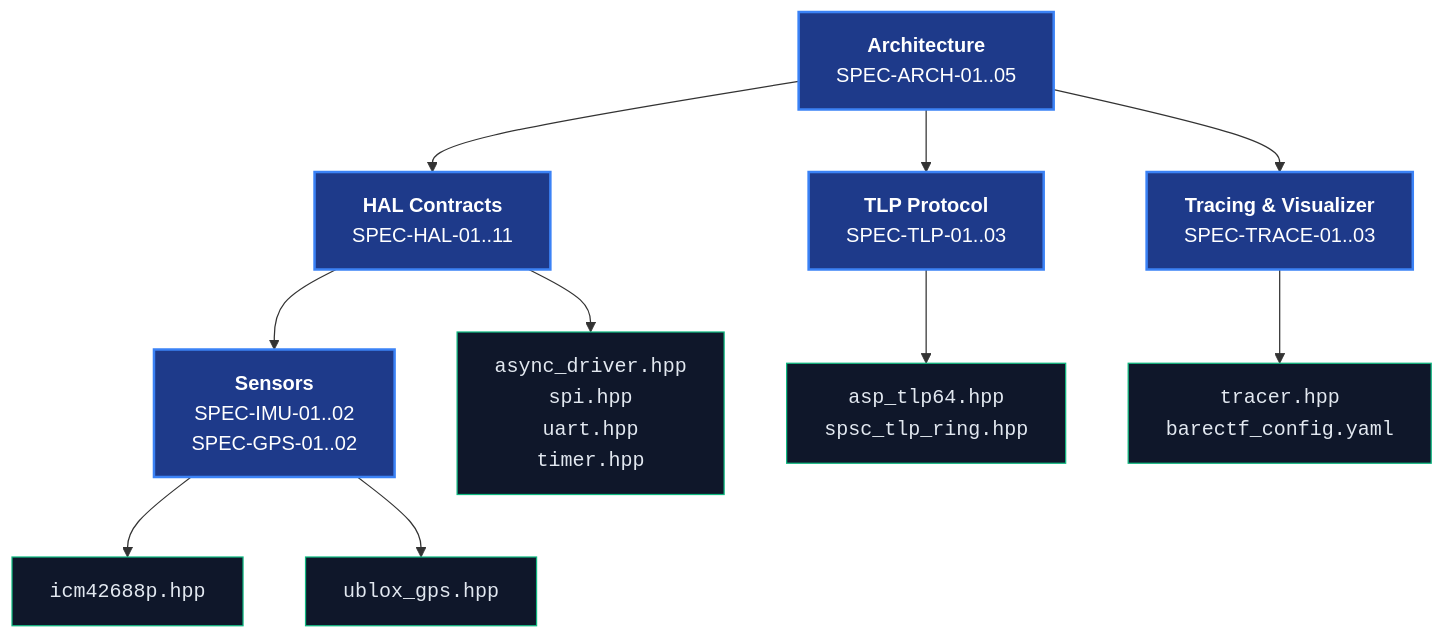
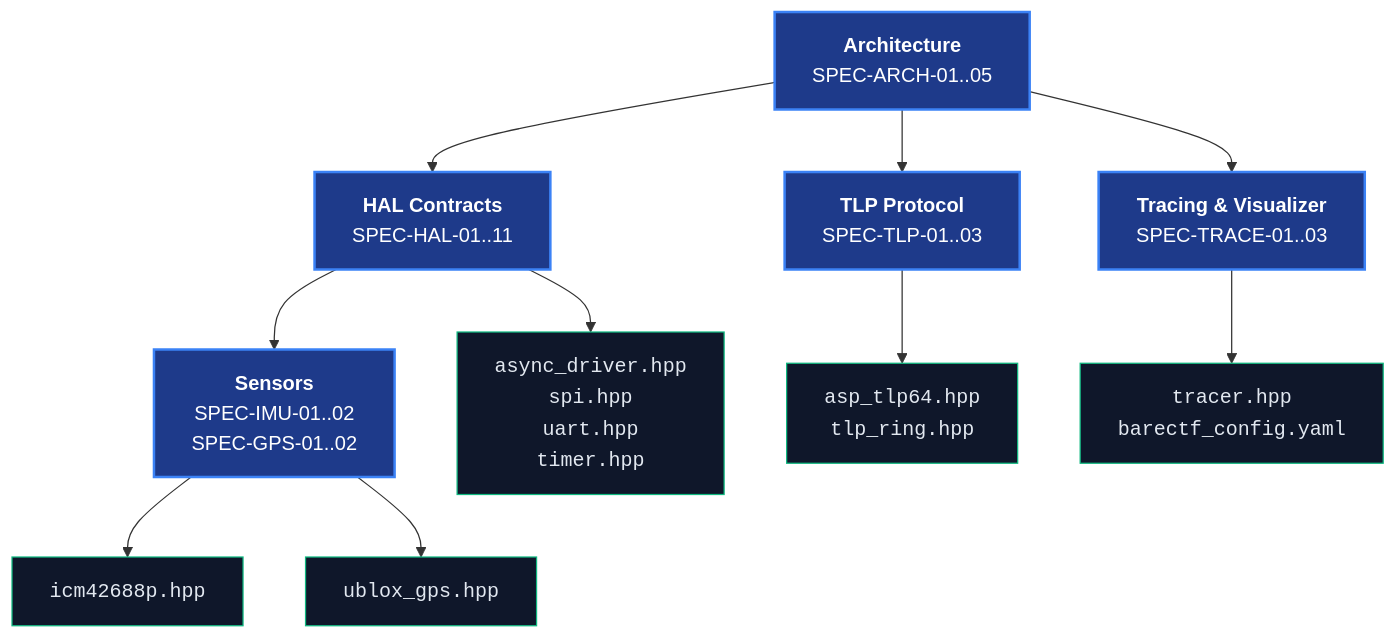
The diagram in docs/DESIGN_SPECIFICATION.md (tcmichals/AbstractX), drawn with Mermaid before and after one commit. The commit also changed other lines of this file and 58 other files, not shown here.

First line of the commit message:
e906: 16x64 DMA ring, unify tlp_ring.hpp, and reorganize tests

````diff
--- a/docs/DESIGN_SPECIFICATION.md
+++ b/docs/DESIGN_SPECIFICATION.md
@@ -722,18 +722,18 @@
 ```mermaid
 graph TD
     SPEC_ARCH["<b>Architecture</b><br/>SPEC-ARCH-01..05"] --> SPEC_HAL["<b>HAL Contracts</b><br/>SPEC-HAL-01..11"]
     SPEC_ARCH --> SPEC_TLP["<b>TLP Protocol</b><br/>SPEC-TLP-01..03"]
     SPEC_HAL --> SPEC_SENSORS["<b>Sensors</b><br/>SPEC-IMU-01..02<br/>SPEC-GPS-01..02"]
     SPEC_ARCH --> SPEC_TRACE["<b>Tracing & Visualizer</b><br/>SPEC-TRACE-01..03"]
     
     SPEC_SENSORS --> CODE_IMU["<code>icm42688p.hpp</code>"]
     SPEC_SENSORS --> CODE_GPS["<code>ublox_gps.hpp</code>"]
     SPEC_HAL --> CODE_HAL["<code>async_driver.hpp</code><br/><code>spi.hpp</code><br/><code>uart.hpp</code><br/><code>timer.hpp</code>"]
-    SPEC_TLP --> CODE_TLP["<code>asp_tlp64.hpp</code><br/><code>spsc_tlp_ring.hpp</code>"]
+    SPEC_TLP --> CODE_TLP["<code>asp_tlp64.hpp</code><br/><code>tlp_ring.hpp</code>"]
     SPEC_TRACE --> CODE_TRACE["<code>tracer.hpp</code><br/><code>barectf_config.yaml</code>"]
     
     classDef specBox fill:#1e3a8a,stroke:#3b82f6,stroke-width:2px,color:#ffffff;
     classDef codeBox fill:#0f172a,stroke:#10b981,stroke-width:1px,color:#e2e8f0;
     class SPEC_ARCH,SPEC_HAL,SPEC_TLP,SPEC_SENSORS,SPEC_TRACE specBox;
     class CODE_IMU,CODE_GPS,CODE_HAL,CODE_TLP,CODE_TRACE codeBox;
 ```
````
